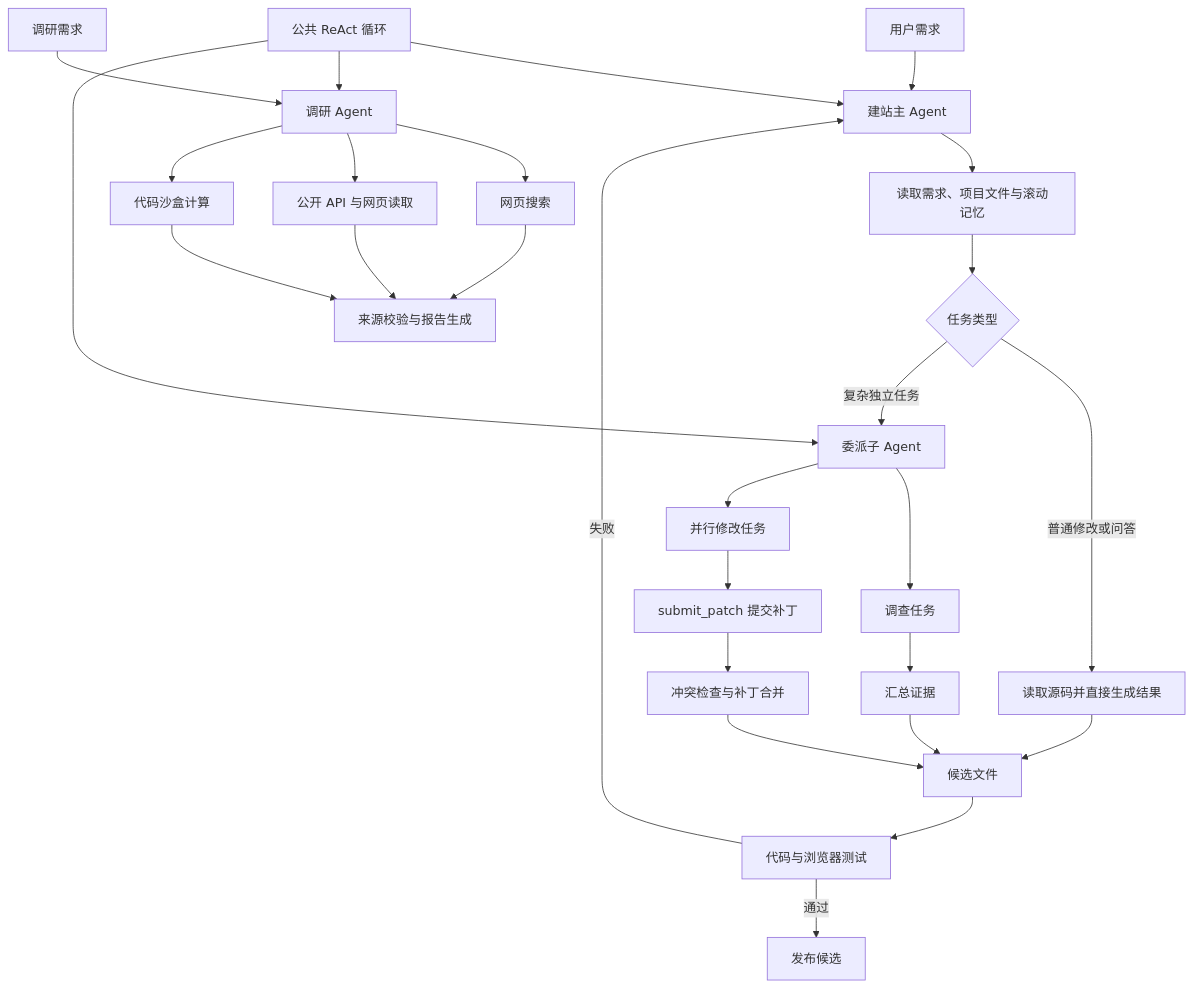
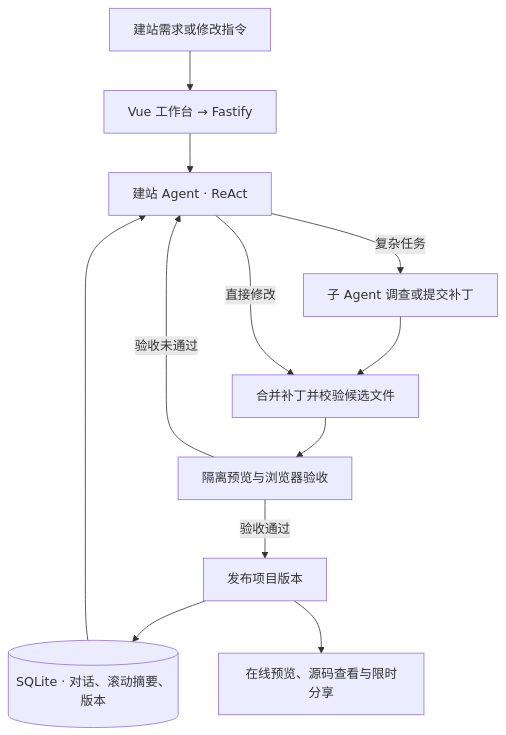
One commit to cityboy001/harness changed the first of 4 diagrams in README.md. Above: the diagram before and after it, drawn with Mermaid. The commit also changed other lines of this file and 22 other files, not shown here.

````diff
--- a/README.md
+++ b/README.md
@@ -39,31 +20,14 @@
 ```mermaid
 flowchart TD
-    A[用户需求] --> B[建站主 Agent]
-    B --> C[读取需求、项目文件与滚动记忆]
-    C --> D{任务类型}
-    D -->|普通修改或问答| E[读取源码并直接生成结果]
-    D -->|复杂独立任务| F[委派子 Agent]
-    F --> G[调查任务]
-    F --> H[并行修改任务]
-    G --> I[汇总证据]
-    H --> J[submit_patch 提交补丁]
-    J --> K[冲突检查与补丁合并]
-    I --> L[候选文件]
-    K --> L
-    E --> L
-    L --> M[代码与浏览器测试]
-    M -->|失败| B
-    M -->|通过| N[发布候选]
-
-    O[调研需求] --> P[调研 Agent]
-    P --> Q[网页搜索]
-    P --> R[公开 API 与网页读取]
-    P --> S[代码沙盒计算]
-    Q --> T[来源校验与报告生成]
-    R --> T
-    S --> T
-
-    U[公共 ReAct 循环] --> B
-    U --> P
-    U --> F
+    U["建站需求或修改指令"] --> A["Vue 工作台 → Fastify"]
+    A --> B["建站 Agent · ReAct"]
+    S[("SQLite · 对话、滚动摘要、版本")] --> B
+    B -->|复杂任务| C["子 Agent 调查或提交补丁"]
+    C --> D["合并补丁并校验候选文件"]
+    B -->|直接修改| D
+    D --> E["隔离预览与浏览器验收"]
+    E -->|验收未通过| B
+    E -->|验收通过| F["发布项目版本"]
+    F --> S
+    F --> G["在线预览、源码查看与限时分享"]
 ```
````
